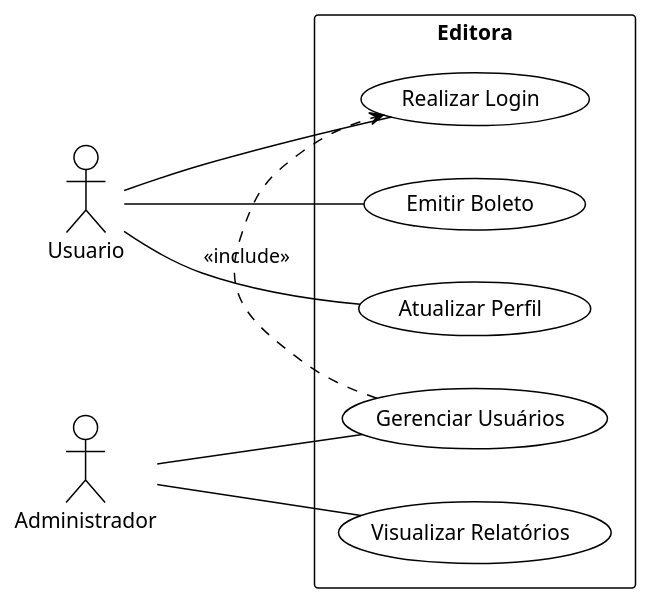
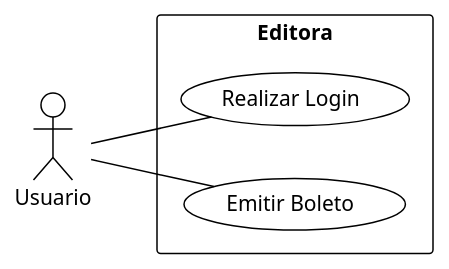
Before and after one commit to samoryfiotec/Editora: the diagram in docs/UseCase.puml, drawn with PlantUML. The commit also changed 1 other file, not shown here.

```diff
--- a/docs/UseCase.puml
+++ b/docs/UseCase.puml
@@ -1,17 +1,17 @@
 @startuml
 !theme plain
 left to right direction
 
 actor Usuario
-actor Administrador
+' actor Administrador
 
 rectangle "Editora" {
     Usuario -- (Realizar Login)
     Usuario -- (Emitir Boleto)
-    Usuario -- (Atualizar Perfil)
-    Administrador -- (Gerenciar Usuários)
-    Administrador -- (Visualizar Relatórios)
-    (Gerenciar Usuários) .> (Realizar Login) : <<include>>
+    ' Usuario -- (Atualizar Perfil)
+    ' Administrador -- (Gerenciar Usuários)
+    ' Administrador -- (Visualizar Relatórios)
+    ' (Gerenciar Usuários) .> (Realizar Login) : <<include>>
 }
 
 @enduml
```
